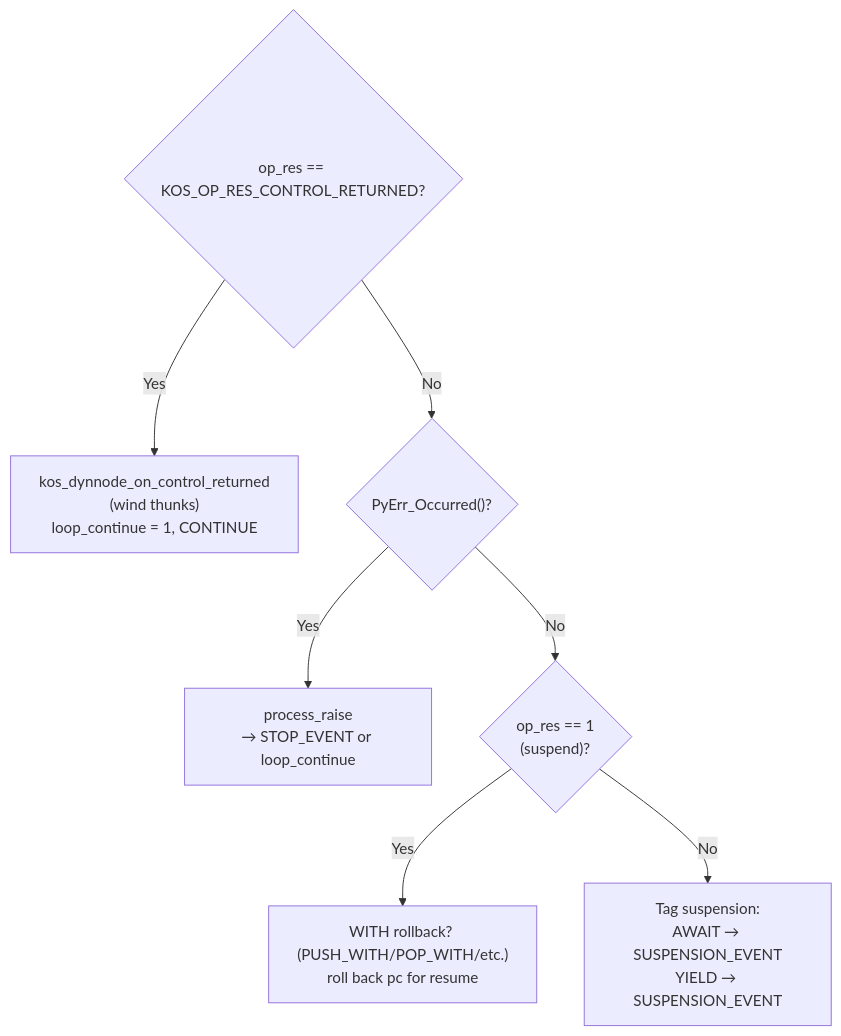
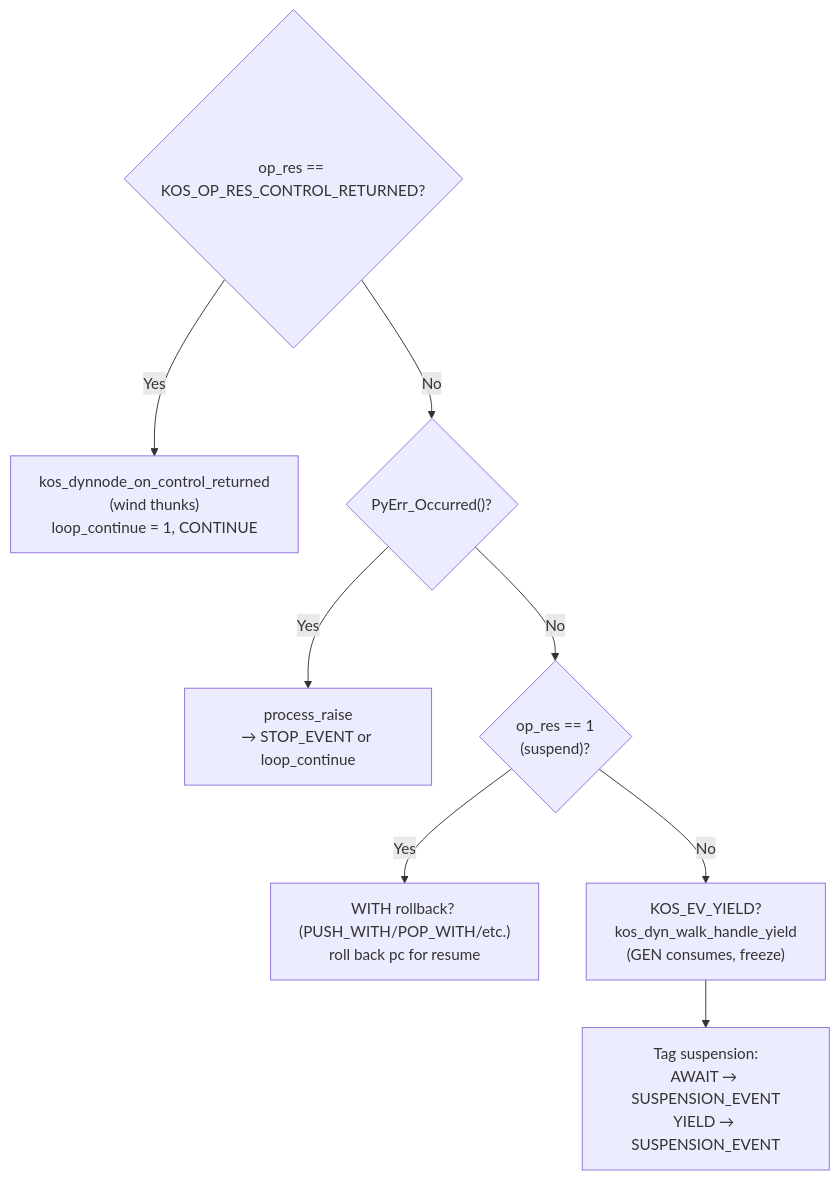
One commit to koskari-lang/koskari changed the sixth of 10 diagrams in design/EVALUATOR.md. Above: the diagram before and after it, drawn with Mermaid. The commit also changed other lines of this file and 4 other files, not shown here.

````diff
--- a/design/EVALUATOR.md
+++ b/design/EVALUATOR.md
@@ -174,17 +174,19 @@
 ```mermaid
 flowchart TD
     control{"op_res == KOS_OP_RES_CONTROL_RETURNED?"}
     ctrl_returned["kos_dynnode_on_control_returned<br/>(wind thunks)<br/>loop_continue = 1, CONTINUE"]
     pyerr{"PyErr_Occurred()?"}
     process["process_raise<br/>→ STOP_EVENT or loop_continue"]
     suspend{"op_res == 1<br/>(suspend)?"}
     with_rollback["WITH rollback? (PUSH_WITH/POP_WITH/etc.)<br/>roll back pc for resume"]
+    yield_walk["KOS_EV_YIELD?<br/>kos_dyn_walk_handle_yield<br/>(GEN consumes, freeze)"]
     tag["Tag suspension:<br/>AWAIT → SUSPENSION_EVENT<br/>YIELD → SUSPENSION_EVENT"]
 
     control -->|Yes| ctrl_returned
     control -->|No| pyerr
     pyerr -->|Yes| process
     pyerr -->|No| suspend
     suspend -->|Yes| with_rollback
-    suspend -->|No| tag
+    suspend -->|No| yield_walk
+    yield_walk --> tag
 ```
````
